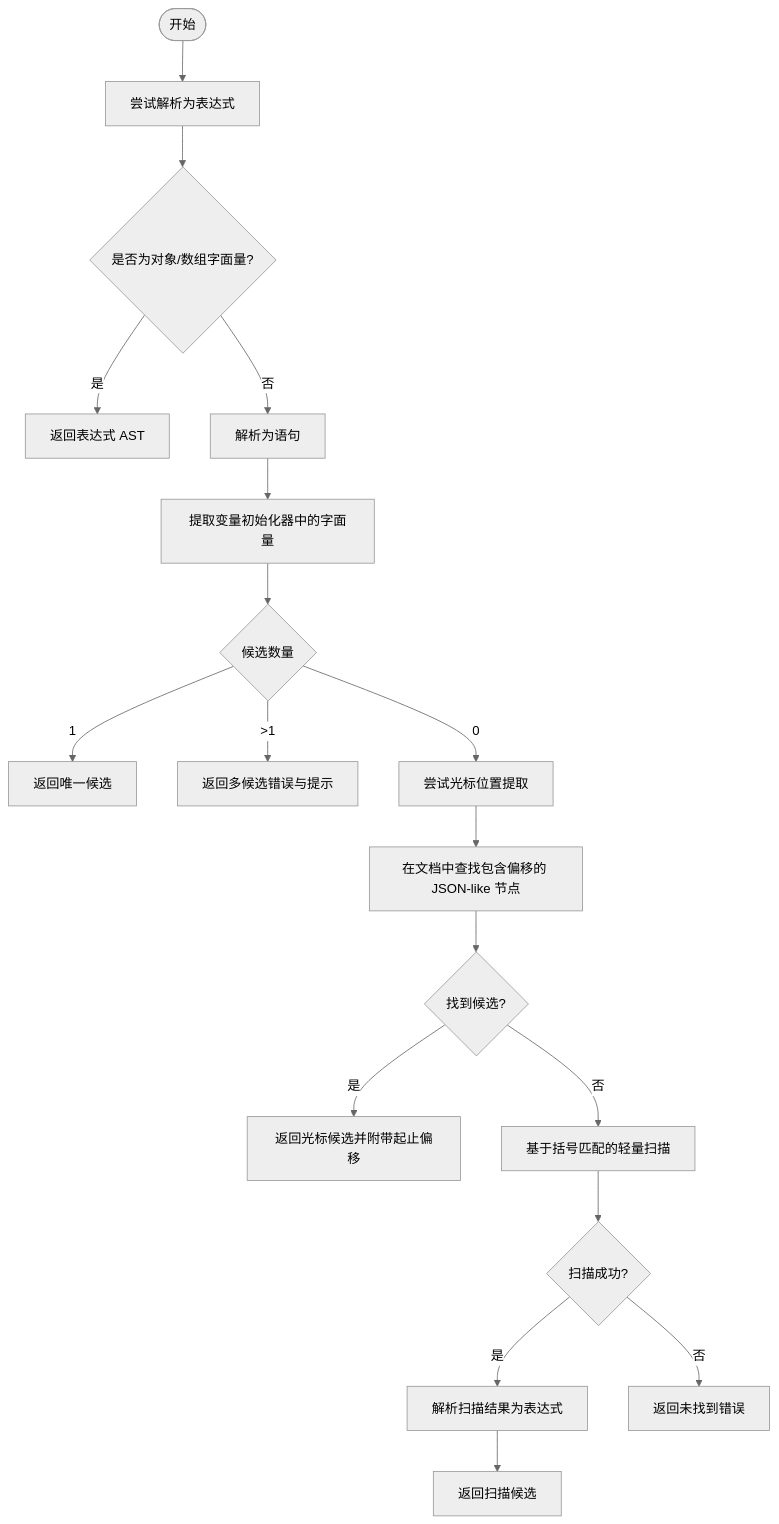
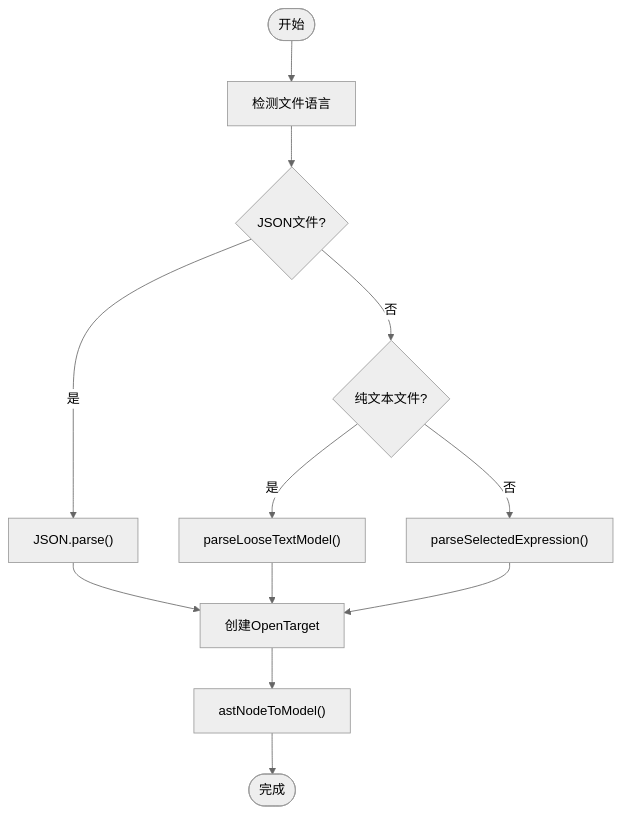
Before and after one commit to meiok1/wysjson: the sixth of 9 diagrams in .qoder/repowiki/zh/content/核心架构设计/核心架构设计.md, drawn with Mermaid (neutral theme). The commit also changed other lines of this file and 45 other files, not shown here.

````diff
--- a/.qoder/repowiki/zh/content/核心架构设计/核心架构设计.md
+++ b/.qoder/repowiki/zh/content/核心架构设计/核心架构设计.md
@@ -265,20 +336,14 @@
 ```mermaid
 flowchart TD
-Start(["开始"]) --> TryExpr["尝试解析为表达式"]
-TryExpr --> IsLiteral{"是否为对象/数组字面量?"}
-IsLiteral --> |是| ReturnExpr["返回表达式 AST"]
-IsLiteral --> |否| TryStmt["解析为语句"]
-TryStmt --> ExtractCandidates["提取变量初始化器中的字面量"]
-ExtractCandidates --> Count{"候选数量"}
-Count --> |1| ReturnCandidate["返回唯一候选"]
-Count --> |>1| MultiHint["返回多候选错误与提示"]
-Count --> |0| Fallback["尝试光标位置提取"]
-Fallback --> CursorTry["在文档中查找包含偏移的 JSON-like 节点"]
-CursorTry --> Found{"找到候选?"}
-Found --> |是| ReturnCursor["返回光标候选并附带起止偏移"]
-Found --> |否| BraceScan["基于括号匹配的轻量扫描"]
-BraceScan --> ScanOK{"扫描成功?"}
-ScanOK --> |是| ParseScan["解析扫描结果为表达式"]
-ParseScan --> ReturnScan["返回扫描候选"]
-ScanOK --> |否| Fail["返回未找到错误"]
+Start(["开始"]) --> DetectLang["检测文件语言"]
+DetectLang --> IsJSON{"JSON文件?"}
+IsJSON --> |是| ParseJSON["JSON.parse()"]
+IsJSON --> |否| IsPlainText{"纯文本文件?"}
+IsPlainText --> |是| ParseText["parseLooseTextModel()"]
+IsPlainText --> |否| ParseJS["parseSelectedExpression()"]
+ParseJSON --> CreateTarget["创建OpenTarget"]
+ParseText --> CreateTarget
+ParseJS --> CreateTarget
+CreateTarget --> AST2Model["astNodeToModel()"]
+AST2Model --> Done(["完成"])
 ```
````
